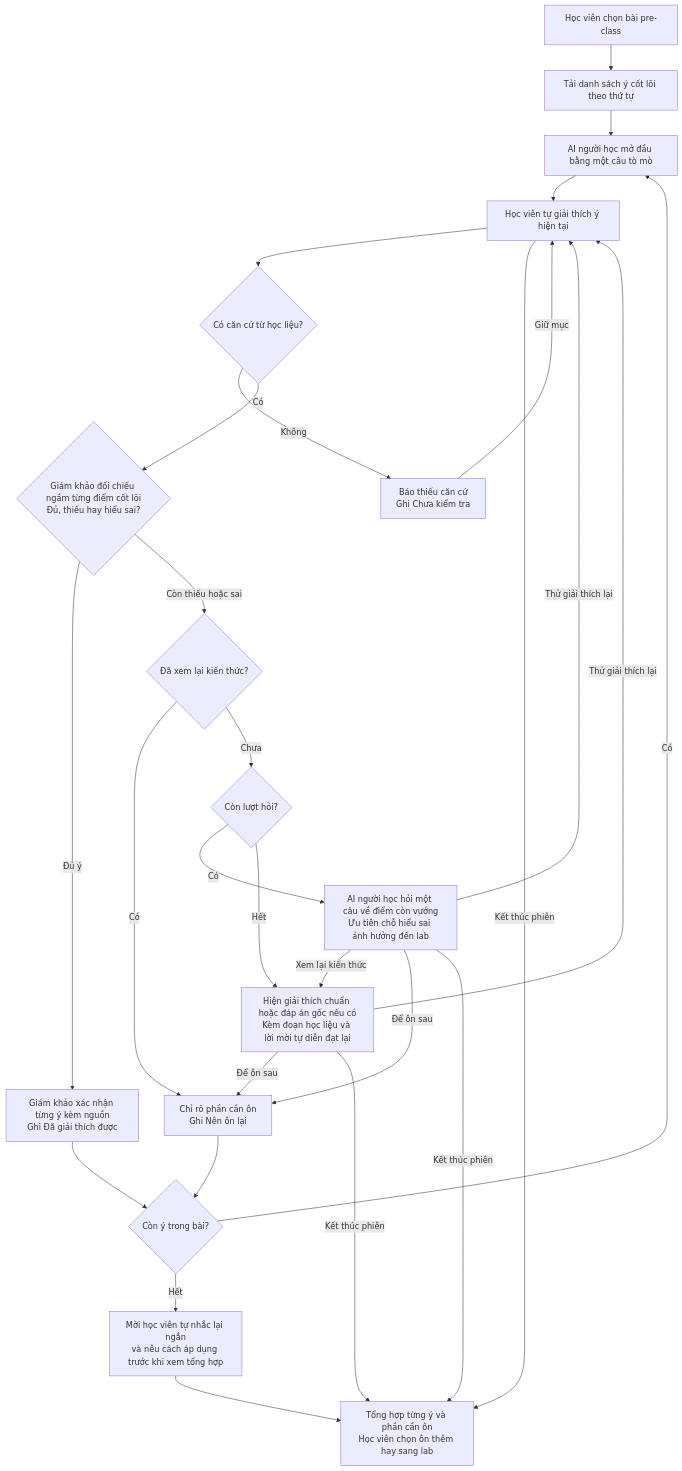
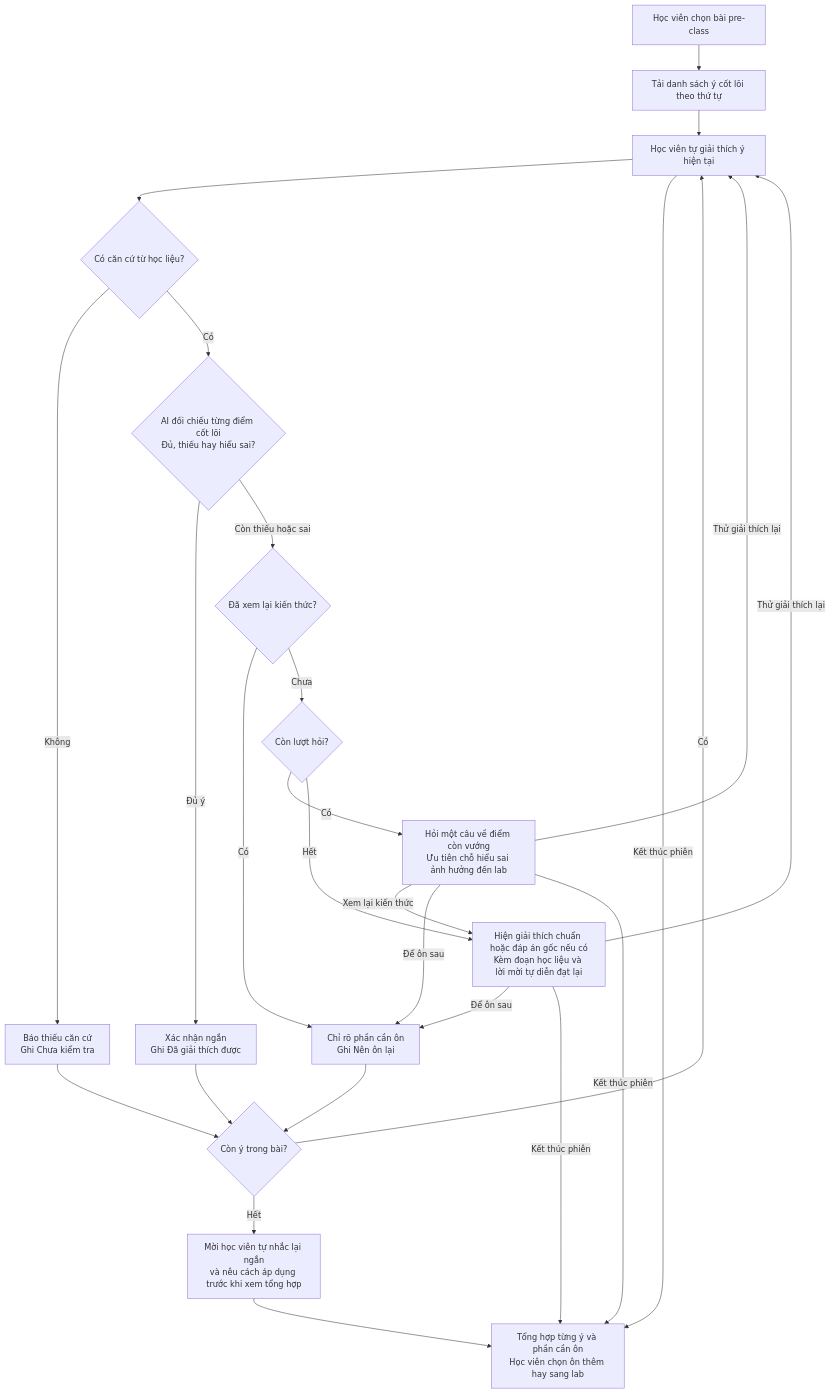
The diagram in spec.md (hnamyud/K5-Day15-L3B-HelloWorld), drawn with Mermaid before and after one commit. The commit also changed other lines of this file and 33 other files, not shown here.

````diff
--- a/spec.md
+++ b/spec.md
@@ -74,29 +74,28 @@
 ```mermaid
 flowchart TD
   A["Học viên chọn bài pre-class"] --> B["Tải danh sách ý cốt lõi theo thứ tự"]
-  B --> P["AI người học mở đầu bằng một câu tò mò"]
-  P --> C["Học viên tự giải thích ý hiện tại"]
+  B --> C["Học viên tự giải thích ý hiện tại"]
   C --> D{"Có căn cứ từ học liệu?"}
   D -- Không --> R["Báo thiếu căn cứ<br/>Ghi Chưa kiểm tra"]
-  D -- Có --> H{"Giám khảo đối chiếu ngầm từng điểm cốt lõi<br/>Đủ, thiếu hay hiểu sai?"}
-  H -- Đủ ý --> O["Giám khảo xác nhận từng ý kèm nguồn<br/>Ghi Đã giải thích được"]
+  D -- Có --> H{"AI đối chiếu từng điểm cốt lõi<br/>Đủ, thiếu hay hiểu sai?"}
+  H -- Đủ ý --> O["Xác nhận ngắn<br/>Ghi Đã giải thích được"]
   H -- Còn thiếu hoặc sai --> L{"Đã xem lại kiến thức?"}
   L -- Có --> N["Chỉ rõ phần cần ôn<br/>Ghi Nên ôn lại"]
   L -- Chưa --> Q{"Còn lượt hỏi?"}
-  Q -- Có --> G["AI người học hỏi một câu về điểm còn vướng<br/>Ưu tiên chỗ hiểu sai ảnh hưởng đến lab"]
+  Q -- Có --> G["Hỏi một câu về điểm còn vướng<br/>Ưu tiên chỗ hiểu sai ảnh hưởng đến lab"]
   Q -- Hết --> X["Hiện giải thích chuẩn hoặc đáp án gốc nếu có<br/>Kèm đoạn học liệu và lời mời tự diễn đạt lại"]
   G -- Thử giải thích lại --> C
   G -- Xem lại kiến thức --> X
   G -- Để ôn sau --> N
   G -- Kết thúc phiên --> E
   X -- Thử giải thích lại --> C
   X -- Để ôn sau --> N
   X -- Kết thúc phiên --> E
   C -- Kết thúc phiên --> E
   O --> T{"Còn ý trong bài?"}
   N --> T
-  R -- Giữ mục --> C
-  T -- Có --> P
+  R --> T
+  T -- Có --> C
   T -- Hết --> F["Mời học viên tự nhắc lại ngắn<br/>và nêu cách áp dụng trước khi xem tổng hợp"]
   F --> E["Tổng hợp từng ý và phần cần ôn<br/>Học viên chọn ôn thêm hay sang lab"]
 ```
````
